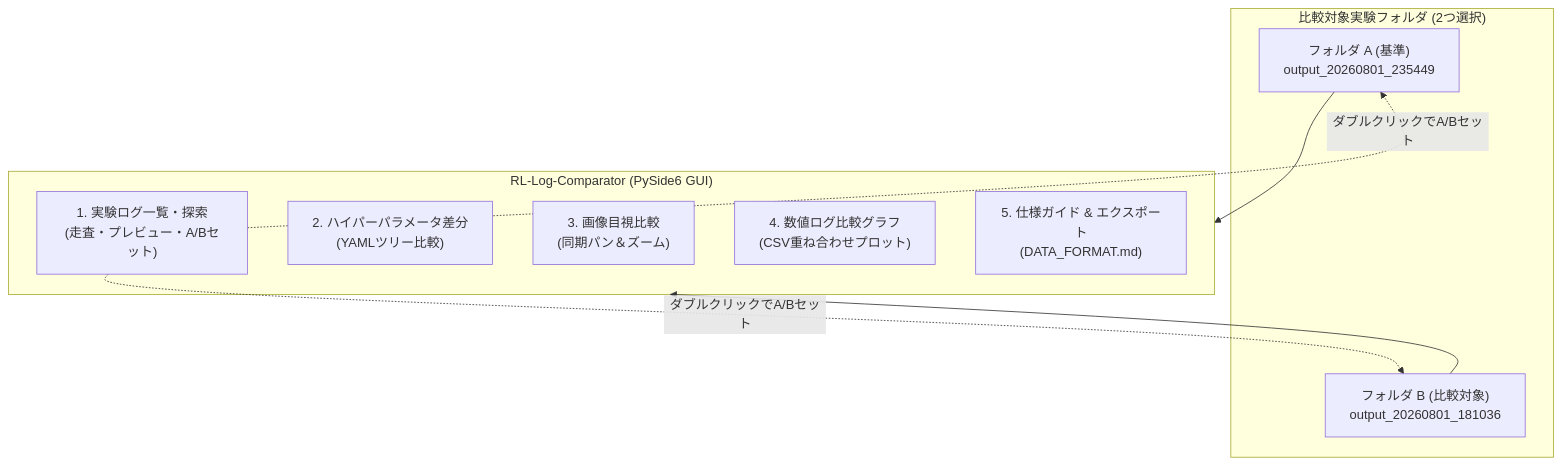
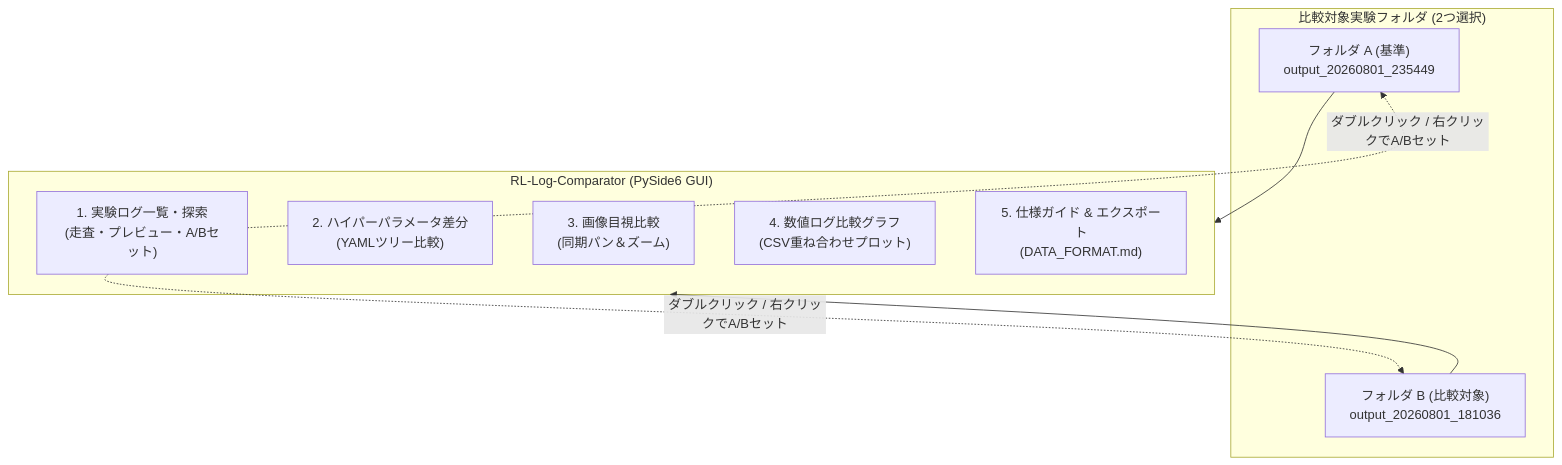
Before and after one commit to IISL-Mitsuie/RL-Log-Comparator: the diagram in README.md, drawn with Mermaid. The commit also changed other lines of this file, not shown here.

````diff
--- a/README.md
+++ b/README.md
@@ -33,20 +38,20 @@
 ```mermaid
 flowchart TD
     subgraph Experiments ["比較対象実験フォルダ (2つ選択)"]
         ExpA["フォルダ A (基準)<br>output_20260801_235449"]
         ExpB["フォルダ B (比較対象)<br>output_20260801_181036"]
     end
 
     subgraph Tool ["RL-Log-Comparator (PySide6 GUI)"]
         Tab1["1. 実験ログ一覧・探索<br>(走査・プレビュー・A/Bセット)"]
         Tab2["2. ハイパーパラメータ差分<br>(YAMLツリー比較)"]
         Tab3["3. 画像目視比較<br>(同期パン＆ズーム)"]
         Tab4["4. 数値ログ比較グラフ<br>(CSV重ね合わせプロット)"]
         Tab5["5. 仕様ガイド & エクスポート<br>(DATA_FORMAT.md)"]
     end
 
-    Tab1 -.->|ダブルクリックでA/Bセット| ExpA
-    Tab1 -.->|ダブルクリックでA/Bセット| ExpB
+    Tab1 -.->|ダブルクリック / 右クリックでA/Bセット| ExpA
+    Tab1 -.->|ダブルクリック / 右クリックでA/Bセット| ExpB
     ExpA --> Tool
     ExpB --> Tool
 ```
````
